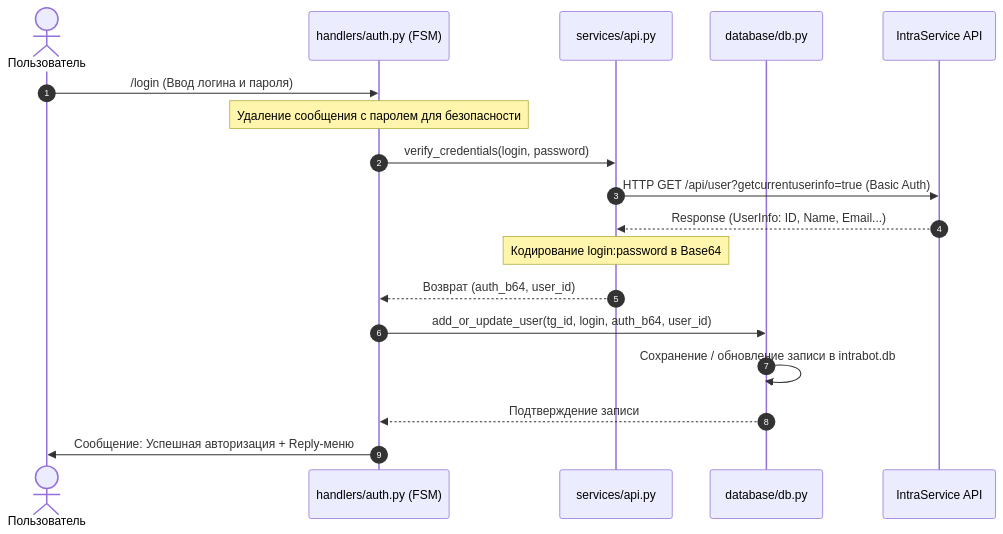
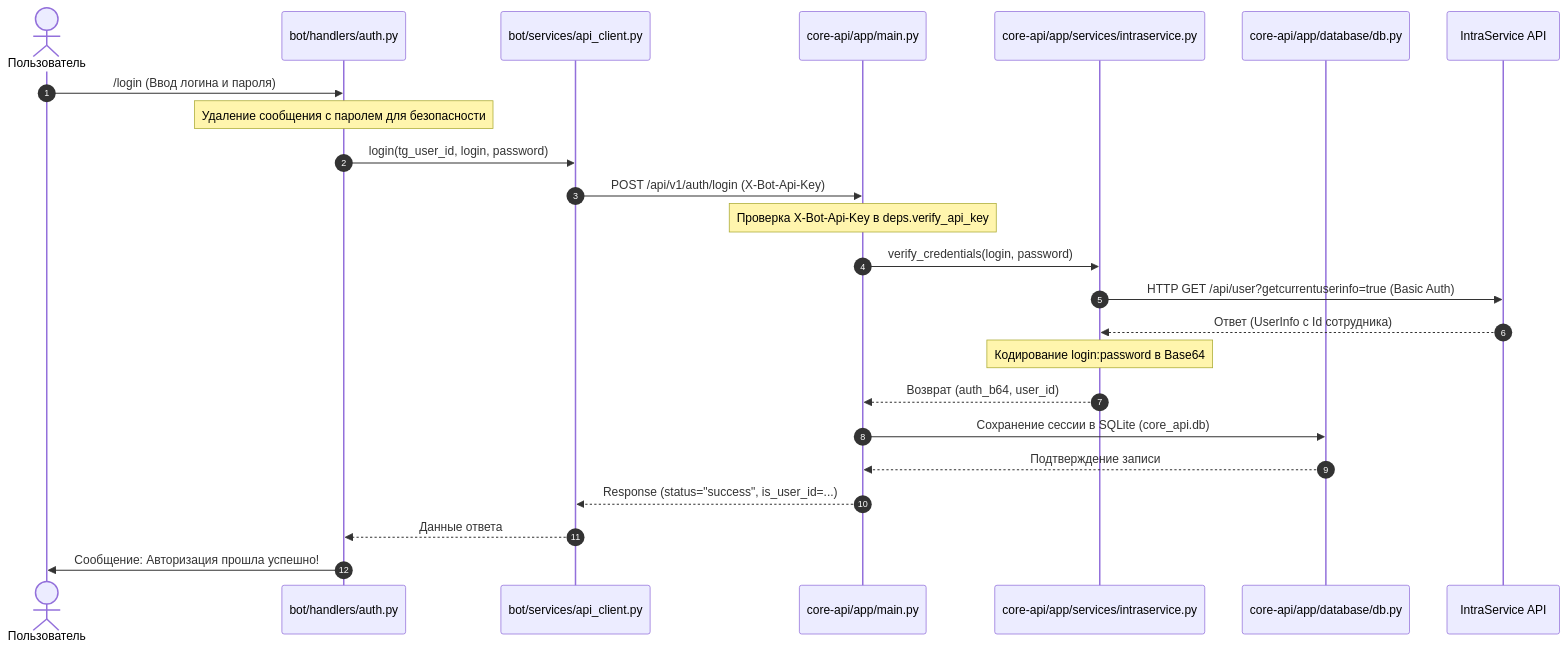
One commit to Unlesssebl/IntraLink changed the second of 3 diagrams in docs/architecture_schema.md. Above: the diagram before and after it, drawn with Mermaid. The commit also changed other lines of this file and 36 other files, not shown here.

Commit message:
refactor: decouple bot into fastapi core-api and tg-bot services

````diff
--- a/docs/architecture_schema.md
+++ b/docs/architecture_schema.md
@@ -88,21 +98,27 @@
 ```mermaid
 sequenceDiagram
     autonumber
     actor User as Пользователь
-    participant H as handlers/auth.py (FSM)
-    participant API as services/api.py
-    participant DB as database/db.py
+    participant BotH as bot/handlers/auth.py
+    participant BotC as bot/services/api_client.py
+    participant CoreM as core-api/app/main.py
+    participant CoreIS as core-api/app/services/intraservice.py
+    participant CoreDB as core-api/app/database/db.py
     participant IS as IntraService API
 
-    User->>H: /login (Ввод логина и пароля)
-    Note over H: Удаление сообщения с паролем для безопасности
-    H->>API: verify_credentials(login, password)
-    API->>IS: HTTP GET /api/user?getcurrentuserinfo=true (Basic Auth)
-    IS-->>API: Response (UserInfo: ID, Name, Email...)
-    Note over API: Кодирование login:password в Base64
-    API-->>H: Возврат (auth_b64, user_id)
-    H->>DB: add_or_update_user(tg_id, login, auth_b64, user_id)
-    DB->>DB: Сохранение / обновление записи в intrabot.db
-    DB-->>H: Подтверждение записи
-    H->>User: Сообщение: Успешная авторизация + Reply-меню
+    User->>BotH: /login (Ввод логина и пароля)
+    Note over BotH: Удаление сообщения с паролем для безопасности
+    BotH->>BotC: login(tg_user_id, login, password)
+    BotC->>CoreM: POST /api/v1/auth/login (X-Bot-Api-Key)
+    Note over CoreM: Проверка X-Bot-Api-Key в deps.verify_api_key
+    CoreM->>CoreIS: verify_credentials(login, password)
+    CoreIS->>IS: HTTP GET /api/user?getcurrentuserinfo=true (Basic Auth)
+    IS-->>CoreIS: Ответ (UserInfo с Id сотрудника)
+    Note over CoreIS: Кодирование login:password в Base64
+    CoreIS-->>CoreM: Возврат (auth_b64, user_id)
+    CoreM->>CoreDB: Сохранение сессии в SQLite (core_api.db)
+    CoreDB-->>CoreM: Подтверждение записи
+    CoreM-->>BotC: Response (status="success", is_user_id=...)
+    BotC-->>BotH: Данные ответа
+    BotH->>User: Сообщение: Авторизация прошла успешно!
 ```
````
